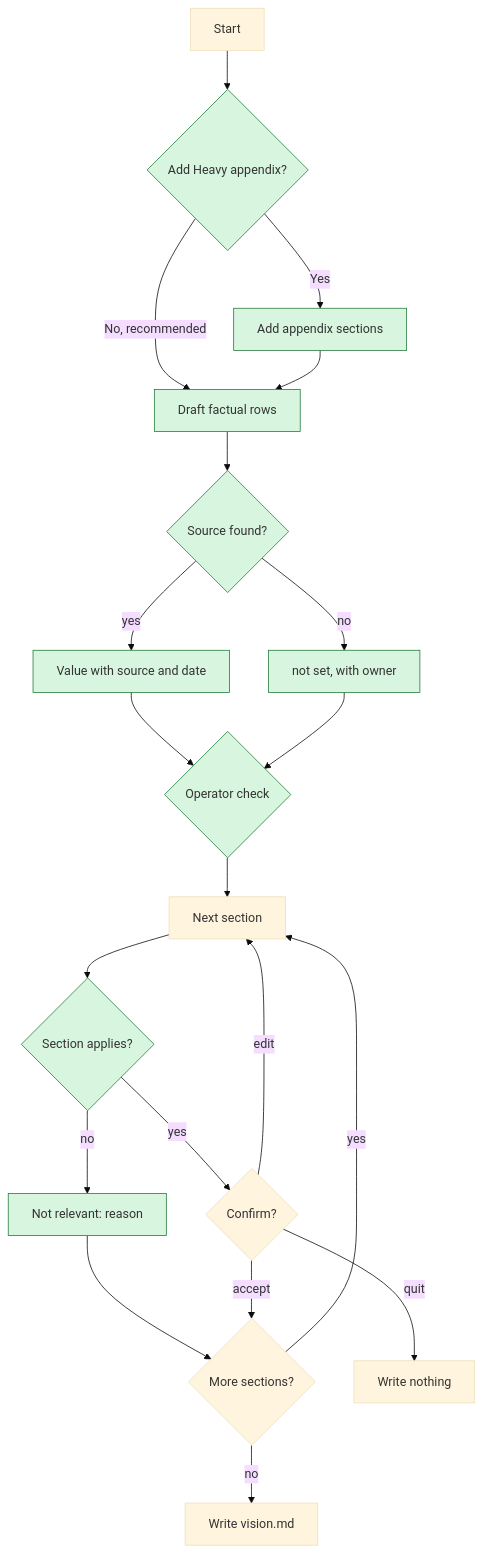
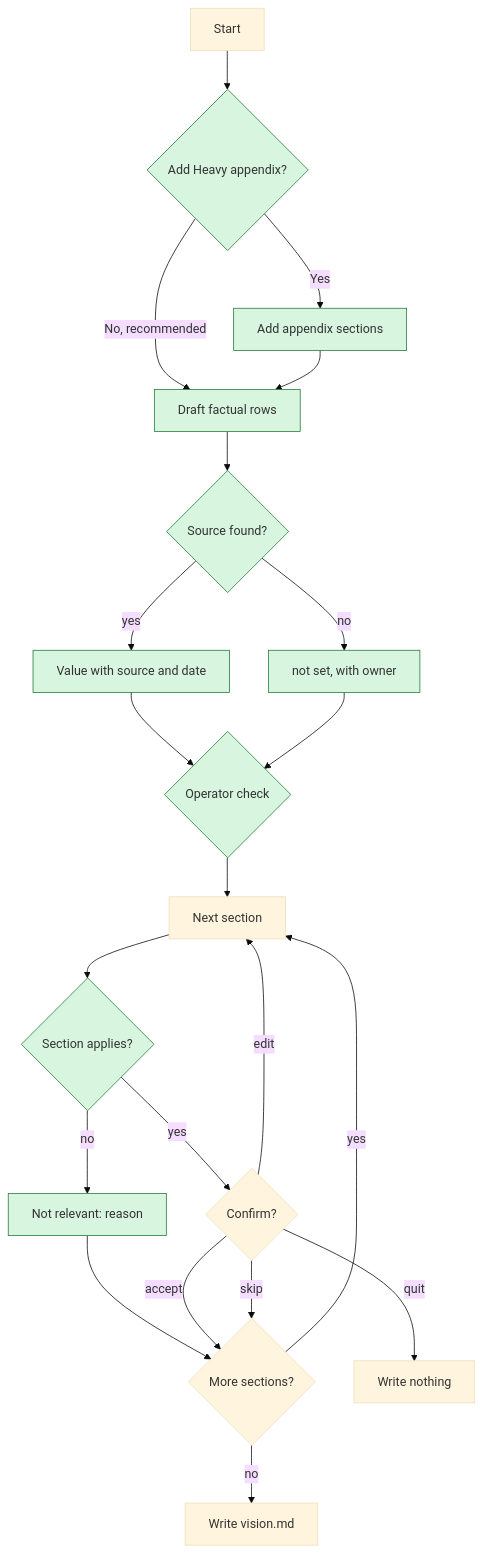
The sixth of 6 diagrams in docs/technical-designs/2152-one-page-vision-technical-design.md (me2resh/apexyard), drawn with Mermaid (base theme) before and after one commit. The commit also changed other lines of this file and 11 other files, not shown here.

````diff
--- a/docs/technical-designs/2152-one-page-vision-technical-design.md
+++ b/docs/technical-designs/2152-one-page-vision-technical-design.md
@@ -207,24 +207,25 @@
 ```mermaid
 flowchart TD
   classDef new fill:#d8f5df,stroke:#247a39
   classDef changed fill:#fff0c2,stroke:#936b00
   a[Start] --> x{Add Heavy appendix?}:::new
   x -->|No, recommended| e[Draft factual rows]:::new
   x -->|Yes| y[Add appendix sections]:::new
   y --> e
   e --> f{Source found?}:::new
   f -->|yes| g[Value with source and date]:::new
   f -->|no| h[not set, with owner]:::new
   g --> i{Operator check}:::new
   h --> i
   i --> b[Next section]
   b --> r{Section applies?}:::new
   r -->|no| n[Not relevant: reason]:::new
   r -->|yes| c{Confirm?}
   n --> d{More sections?}
   c -->|accept| d
   c -->|edit| b
+  c -->|skip| d
   c -->|quit| q[Write nothing]
   d -->|yes| b
   d -->|no| w[Write vision.md]
 ```
````
